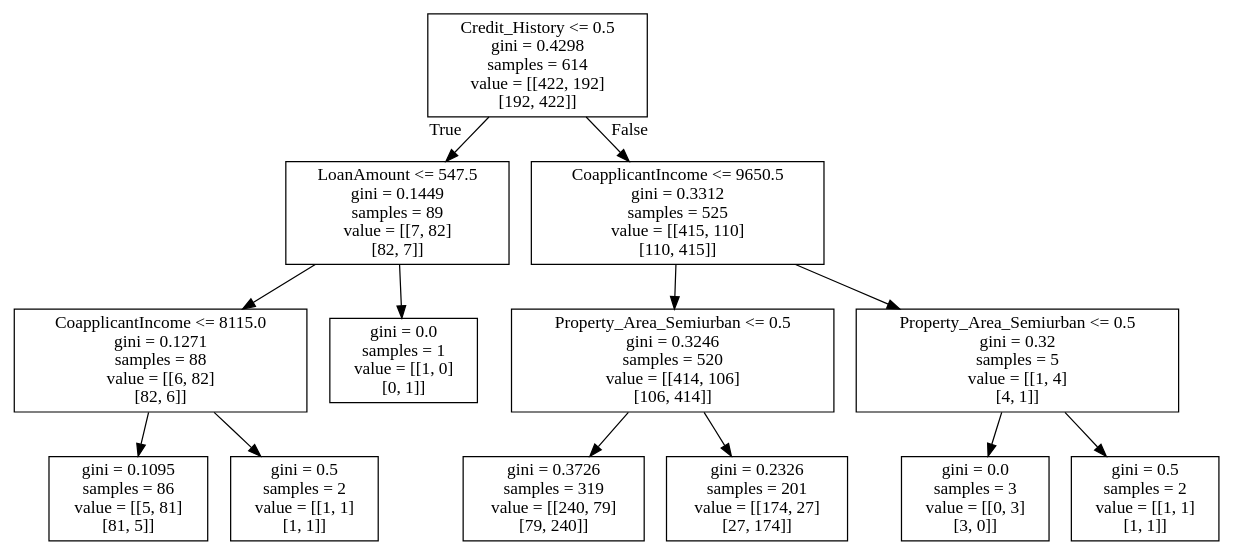
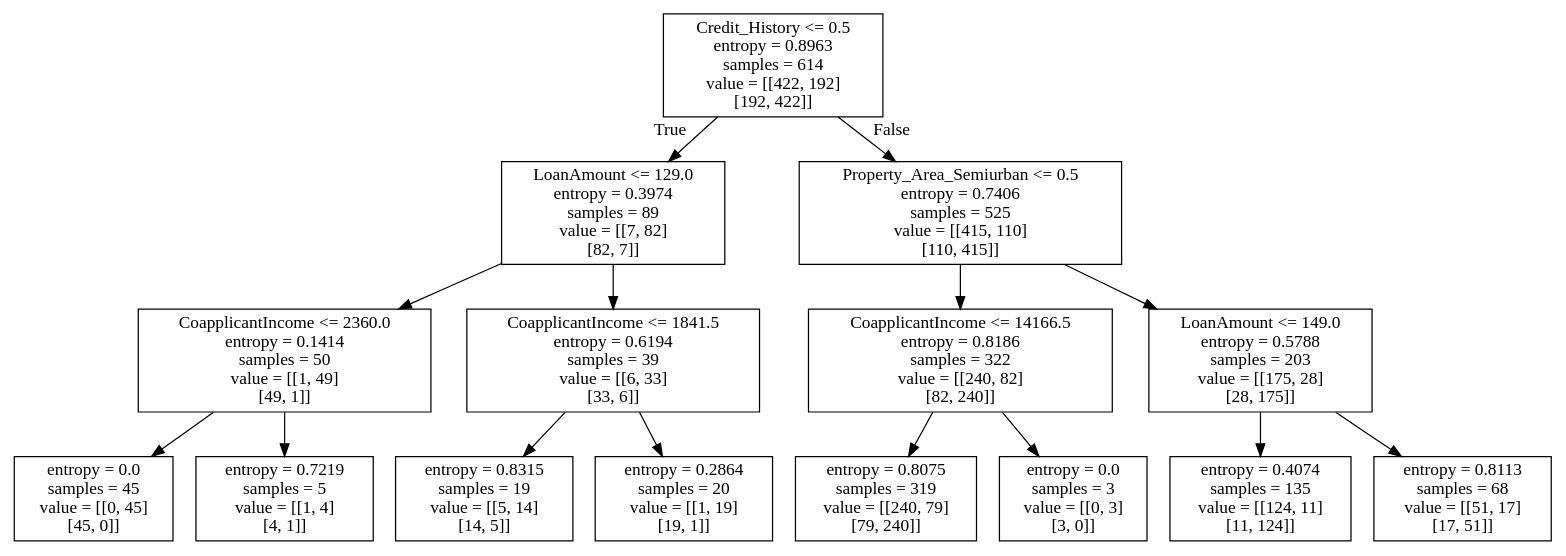
The diagram in LoanPrediction/DT/tree.dot (tdrxy/analyticsvidhya), drawn with Graphviz before and after one commit. The commit also changed 5 other files, not shown here.

```diff
--- a/LoanPrediction/DT/tree.dot
+++ b/LoanPrediction/DT/tree.dot
@@ -1,28 +1,32 @@
 digraph Tree {
 node [shape=box] ;
-0 [label="Credit_History <= 0.5\ngini = 0.4298\nsamples = 614\nvalue = [[422, 192]\n[192, 422]]"] ;
-1 [label="LoanAmount <= 547.5\ngini = 0.1449\nsamples = 89\nvalue = [[7, 82]\n[82, 7]]"] ;
+0 [label="Credit_History <= 0.5\nentropy = 0.8963\nsamples = 614\nvalue = [[422, 192]\n[192, 422]]"] ;
+1 [label="LoanAmount <= 129.0\nentropy = 0.3974\nsamples = 89\nvalue = [[7, 82]\n[82, 7]]"] ;
 0 -> 1 [labeldistance=2.5, labelangle=45, headlabel="True"] ;
-2 [label="CoapplicantIncome <= 8115.0\ngini = 0.1271\nsamples = 88\nvalue = [[6, 82]\n[82, 6]]"] ;
+2 [label="CoapplicantIncome <= 2360.0\nentropy = 0.1414\nsamples = 50\nvalue = [[1, 49]\n[49, 1]]"] ;
 1 -> 2 ;
-3 [label="gini = 0.1095\nsamples = 86\nvalue = [[5, 81]\n[81, 5]]"] ;
+3 [label="entropy = 0.0\nsamples = 45\nvalue = [[0, 45]\n[45, 0]]"] ;
 2 -> 3 ;
-4 [label="gini = 0.5\nsamples = 2\nvalue = [[1, 1]\n[1, 1]]"] ;
+4 [label="entropy = 0.7219\nsamples = 5\nvalue = [[1, 4]\n[4, 1]]"] ;
 2 -> 4 ;
-5 [label="gini = 0.0\nsamples = 1\nvalue = [[1, 0]\n[0, 1]]"] ;
+5 [label="CoapplicantIncome <= 1841.5\nentropy = 0.6194\nsamples = 39\nvalue = [[6, 33]\n[33, 6]]"] ;
 1 -> 5 ;
-6 [label="CoapplicantIncome <= 9650.5\ngini = 0.3312\nsamples = 525\nvalue = [[415, 110]\n[110, 415]]"] ;
-0 -> 6 [labeldistance=2.5, labelangle=-45, headlabel="False"] ;
-7 [label="Property_Area_Semiurban <= 0.5\ngini = 0.3246\nsamples = 520\nvalue = [[414, 106]\n[106, 414]]"] ;
-6 -> 7 ;
-8 [label="gini = 0.3726\nsamples = 319\nvalue = [[240, 79]\n[79, 240]]"] ;
-7 -> 8 ;
-9 [label="gini = 0.2326\nsamples = 201\nvalue = [[174, 27]\n[27, 174]]"] ;
-7 -> 9 ;
-10 [label="Property_Area_Semiurban <= 0.5\ngini = 0.32\nsamples = 5\nvalue = [[1, 4]\n[4, 1]]"] ;
-6 -> 10 ;
-11 [label="gini = 0.0\nsamples = 3\nvalue = [[0, 3]\n[3, 0]]"] ;
-10 -> 11 ;
-12 [label="gini = 0.5\nsamples = 2\nvalue = [[1, 1]\n[1, 1]]"] ;
-10 -> 12 ;
+6 [label="entropy = 0.8315\nsamples = 19\nvalue = [[5, 14]\n[14, 5]]"] ;
+5 -> 6 ;
+7 [label="entropy = 0.2864\nsamples = 20\nvalue = [[1, 19]\n[19, 1]]"] ;
+5 -> 7 ;
+8 [label="Property_Area_Semiurban <= 0.5\nentropy = 0.7406\nsamples = 525\nvalue = [[415, 110]\n[110, 415]]"] ;
+0 -> 8 [labeldistance=2.5, labelangle=-45, headlabel="False"] ;
+9 [label="CoapplicantIncome <= 14166.5\nentropy = 0.8186\nsamples = 322\nvalue = [[240, 82]\n[82, 240]]"] ;
+8 -> 9 ;
+10 [label="entropy = 0.8075\nsamples = 319\nvalue = [[240, 79]\n[79, 240]]"] ;
+9 -> 10 ;
+11 [label="entropy = 0.0\nsamples = 3\nvalue = [[0, 3]\n[3, 0]]"] ;
+9 -> 11 ;
+12 [label="LoanAmount <= 149.0\nentropy = 0.5788\nsamples = 203\nvalue = [[175, 28]\n[28, 175]]"] ;
+8 -> 12 ;
+13 [label="entropy = 0.4074\nsamples = 135\nvalue = [[124, 11]\n[11, 124]]"] ;
+12 -> 13 ;
+14 [label="entropy = 0.8113\nsamples = 68\nvalue = [[51, 17]\n[17, 51]]"] ;
+12 -> 14 ;
 }
```
